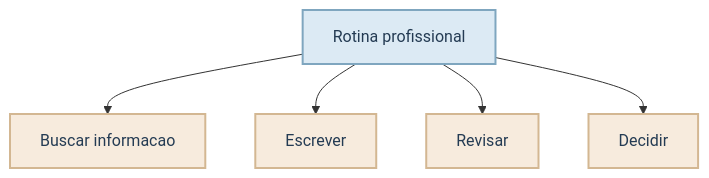
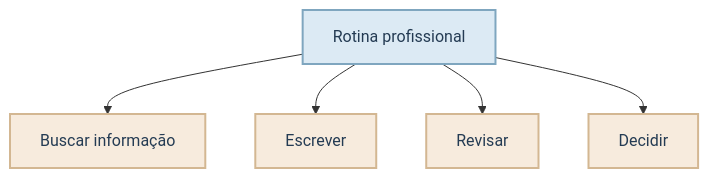
The eighth of 51 diagrams in temas/introducao_pratica_ia_e_genia/estudo/aula1.qmd (mikaelakihitto/self-study-data-science), drawn with Mermaid before and after one commit. The commit also changed other lines of this file, not shown here.

````diff
--- a/temas/introducao_pratica_ia_e_genia/estudo/aula1.qmd
+++ b/temas/introducao_pratica_ia_e_genia/estudo/aula1.qmd
@@ -208,15 +199,15 @@
 ```{mermaid}
 %%| fig-align: center
 %%| out-width: 72%
 graph TD
-    A[Rotina profissional] --> B[Buscar informacao]
+    A[Rotina profissional] --> B[Buscar informação]
     A --> C[Escrever]
     A --> D[Revisar]
     A --> E[Decidir]
     %% Definicao das cores
     classDef styleAzul fill:#DCEAF4,stroke:#7FA6BF,stroke-width:2px,color:#243B53;
     classDef styleVerde fill:#E7F2E8,stroke:#90B29A,stroke-width:2px,color:#243B53;
     classDef styleAreia fill:#F7EBDD,stroke:#D3B792,stroke-width:2px,color:#243B53;
     class A styleAzul;
     class B,C,D,E styleAreia;
 ```
````
